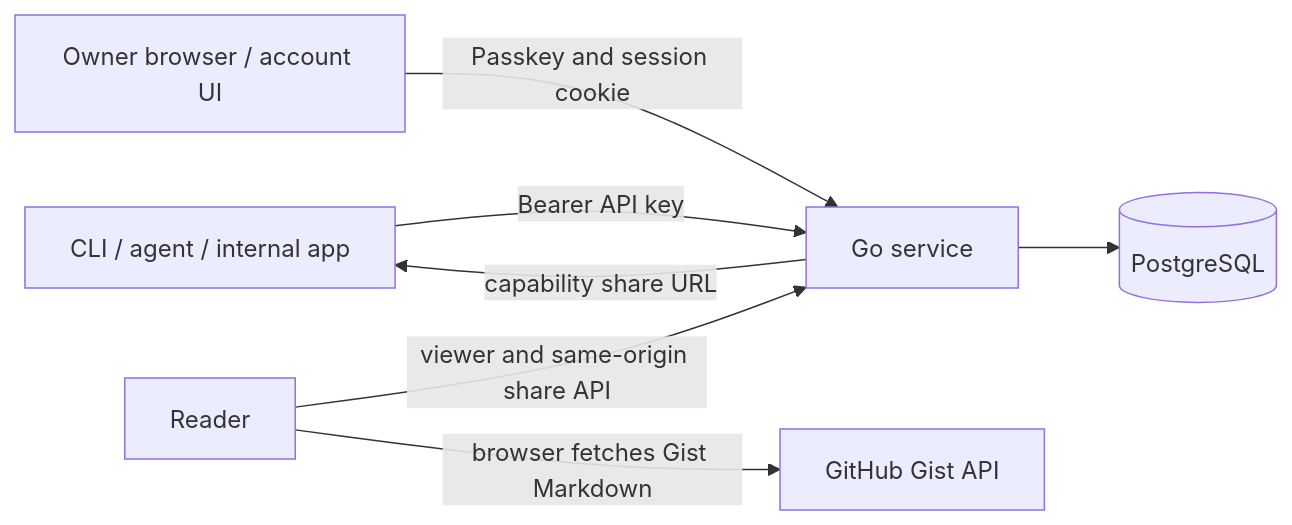
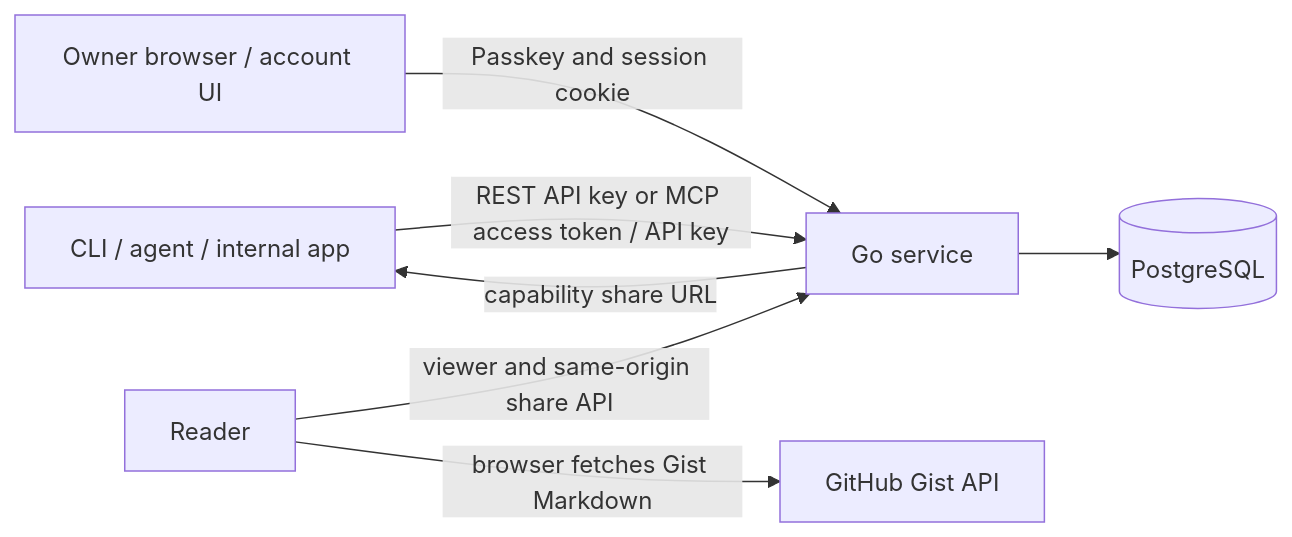
Before and after one commit to narumiruna/morsel: the first of 3 diagrams in docs/design.md, drawn with Mermaid. The commit also changed other lines of this file and 66 other files, not shown here.

````diff
--- a/docs/design.md
+++ b/docs/design.md
@@ -7,9 +7,9 @@
 ```mermaid
 flowchart LR
-    Client[CLI / agent / internal app] -->|Bearer API key| Morsel[Go service]
+    Client[CLI / agent / internal app] -->|REST API key or MCP access token / API key| Morsel[Go service]
     Owner[Owner browser / account UI] -->|Passkey and session cookie| Morsel
     Reader[Reader] -->|viewer and same-origin share API| Morsel
     Reader -->|browser fetches Gist Markdown| GitHub[GitHub Gist API]
     Morsel --> DB[(PostgreSQL)]
     Morsel -->|capability share URL| Client
 ```
````
